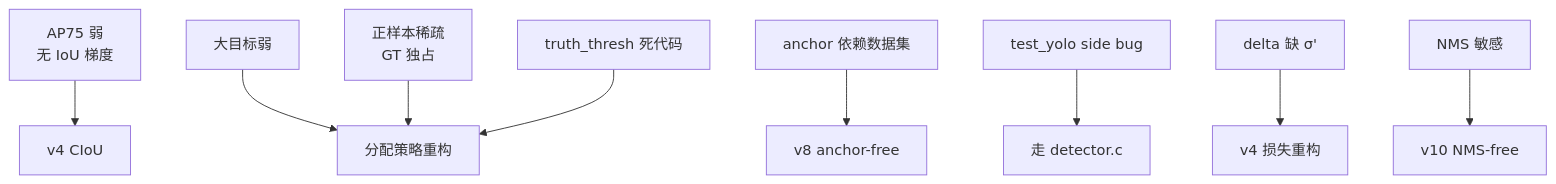
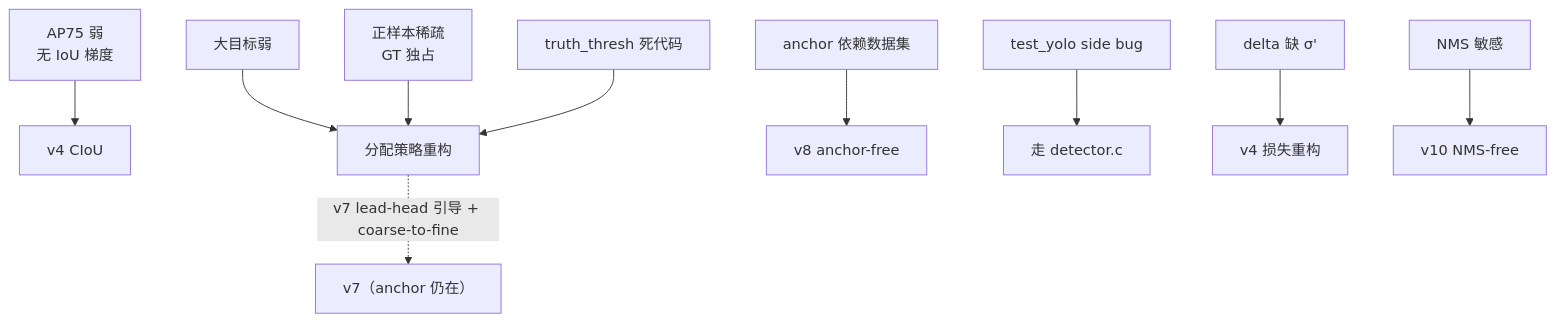
One commit to yejinlei/agent-yolo changed the diagram in docs/versions/v3/painpoints.md. Above: the diagram before and after it, drawn with Mermaid. The commit also changed other lines of this file and 23 other files, not shown here.

````diff
--- a/docs/versions/v3/painpoints.md
+++ b/docs/versions/v3/painpoints.md
@@ -167,11 +167,12 @@
 ```mermaid
 flowchart TB
     P1["AP75 弱<br/>无 IoU 梯度"] --> FIX1["v4 CIoU"]
     P2["大目标弱"] --> FIX2["分配策略重构"]
     P3["正样本稀疏<br/>GT 独占"] --> FIX2
     P4["anchor 依赖数据集"] --> FIX3["v8 anchor-free"]
+    FIX2 -.v7 lead-head 引导 + coarse-to-fine.-> V7["v7（anchor 仍在）"]
     P5["test_yolo side bug"] --> FIX4["走 detector.c"]
     P6["delta 缺 σ'"] --> FIX5["v4 损失重构"]
     P7["truth_thresh 死代码"] --> FIX2
     P8["NMS 敏感"] --> FIX6["v10 NMS-free"]
 ```
````
